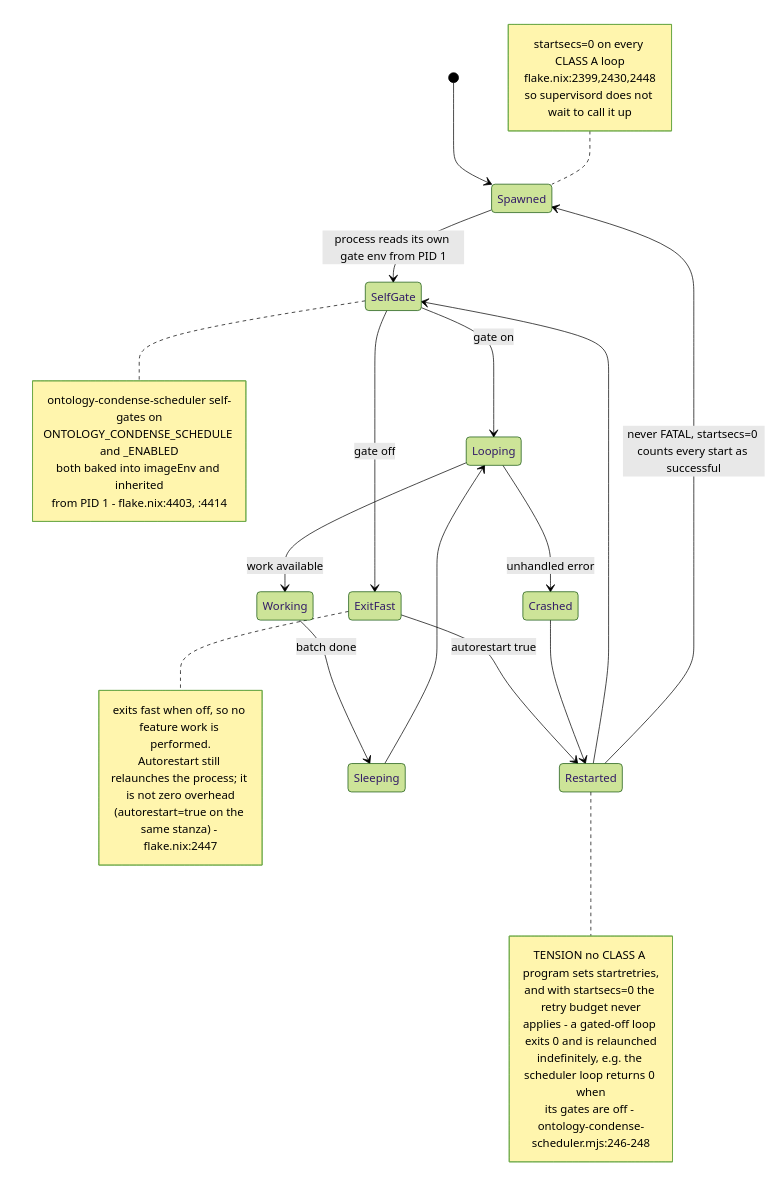
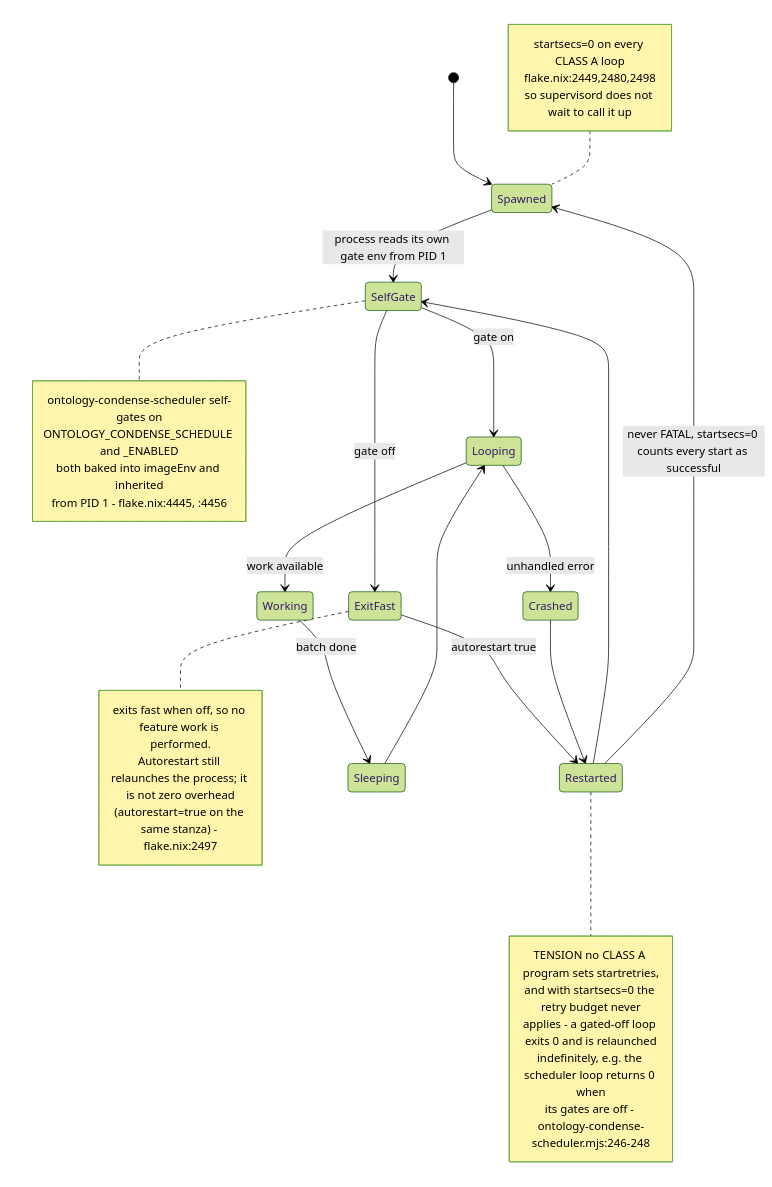
The second of 11 diagrams in docs/diagrams/agentbox/07-daemons-reapers-cron-backups.md (DreamLab-AI/VisionFlow), drawn with Mermaid (forest theme) before and after one commit. The commit also changed other lines of this file and 36 other files, not shown here.

First line of the commit message:
docs(diagrams): re-derive and re-stamp agentbox, dream-engine, visioncraft, visiontouch and vowl topics; drop LAN addresses

````diff
--- a/docs/diagrams/agentbox/07-daemons-reapers-cron-backups.md
+++ b/docs/diagrams/agentbox/07-daemons-reapers-cron-backups.md
@@ -57,39 +57,39 @@
 ```mermaid
 stateDiagram-v2
     [*] --> Spawned
     Spawned --> SelfGate: process reads its own gate env from PID 1
     SelfGate --> ExitFast: gate off
     SelfGate --> Looping: gate on
     ExitFast --> Restarted: autorestart true
     Restarted --> SelfGate
     Looping --> Working: work available
     Working --> Sleeping: batch done
     Sleeping --> Looping
     Looping --> Crashed: unhandled error
     Crashed --> Restarted
     Restarted --> Spawned: never FATAL, startsecs=0 counts every start as successful
 
     note right of SelfGate
         ontology-condense-scheduler self-gates on
         ONTOLOGY_CONDENSE_SCHEDULE and _ENABLED
         both baked into imageEnv and inherited
-        from PID 1 - flake.nix:4403, :4414
+        from PID 1 - flake.nix:4445, :4456
     end note
     note right of ExitFast
         exits fast when off, so no feature work is performed.
         Autorestart still relaunches the process; it is not zero overhead
-        (autorestart=true on the same stanza) - flake.nix:2447
+        (autorestart=true on the same stanza) - flake.nix:2497
     end note
     note left of Spawned
         startsecs=0 on every CLASS A loop
-        flake.nix:2399,2430,2448
+        flake.nix:2449,2480,2498
         so supervisord does not wait to call it up
     end note
     note right of Restarted
         TENSION no CLASS A program sets startretries,
         and with startsecs=0 the retry budget never
         applies - a gated-off loop exits 0 and is relaunched
         indefinitely, e.g. the scheduler loop returns 0 when
         its gates are off - ontology-condense-scheduler.mjs:246-248
     end note
 ```
````
